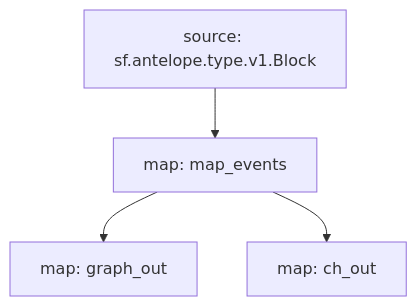
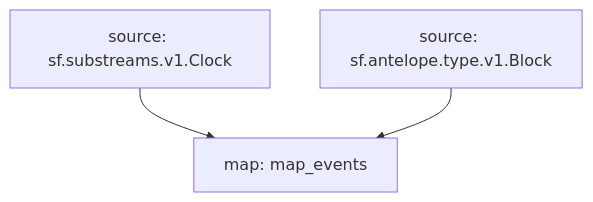
Before and after one commit to pinax-network/substreams-antelope-tokens: the diagram in README.md, drawn with Mermaid. The commit also changed other lines of this file, not shown here.

````diff
--- a/README.md
+++ b/README.md
@@ -16,9 +25,6 @@
 ```mermaid
 graph TD;
   map_events[map: map_events];
+  sf.substreams.v1.Clock[source: sf.substreams.v1.Clock] --> map_events;
   sf.antelope.type.v1.Block[source: sf.antelope.type.v1.Block] --> map_events;
-  graph_out[map: graph_out];
-  map_events --> graph_out;
-  ch_out[map: ch_out];
-  map_events --> ch_out;
 ```
````
